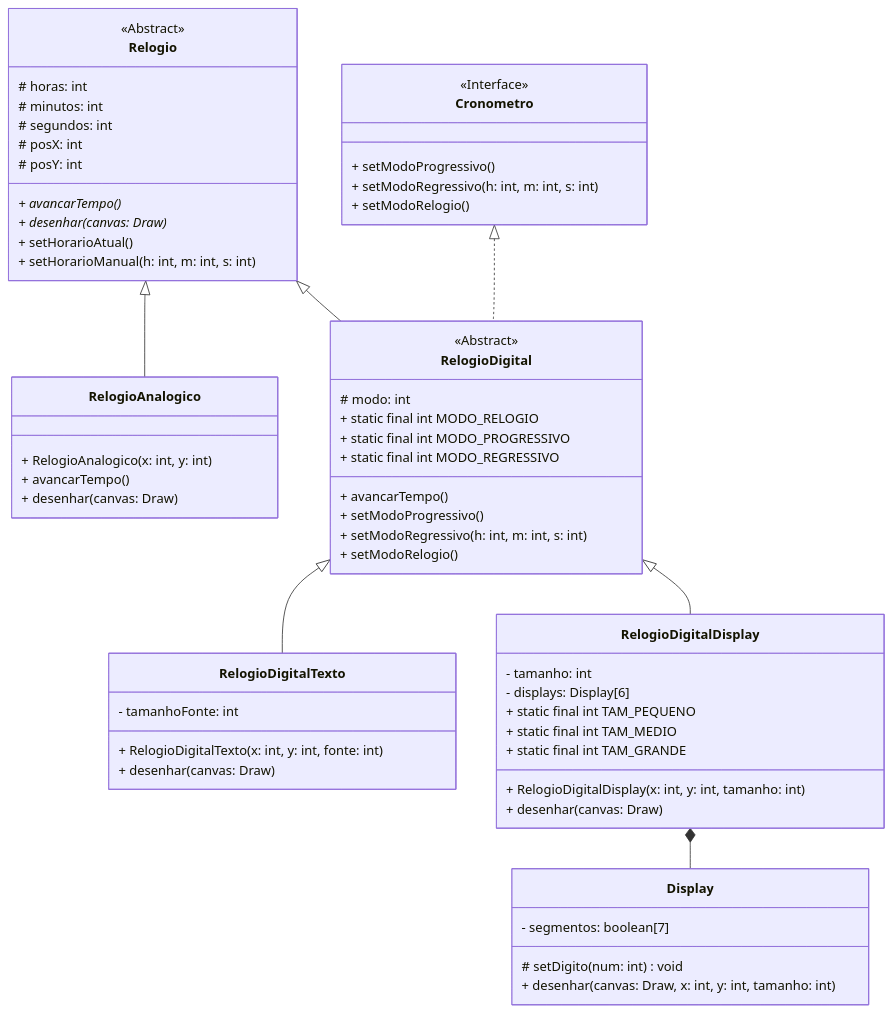
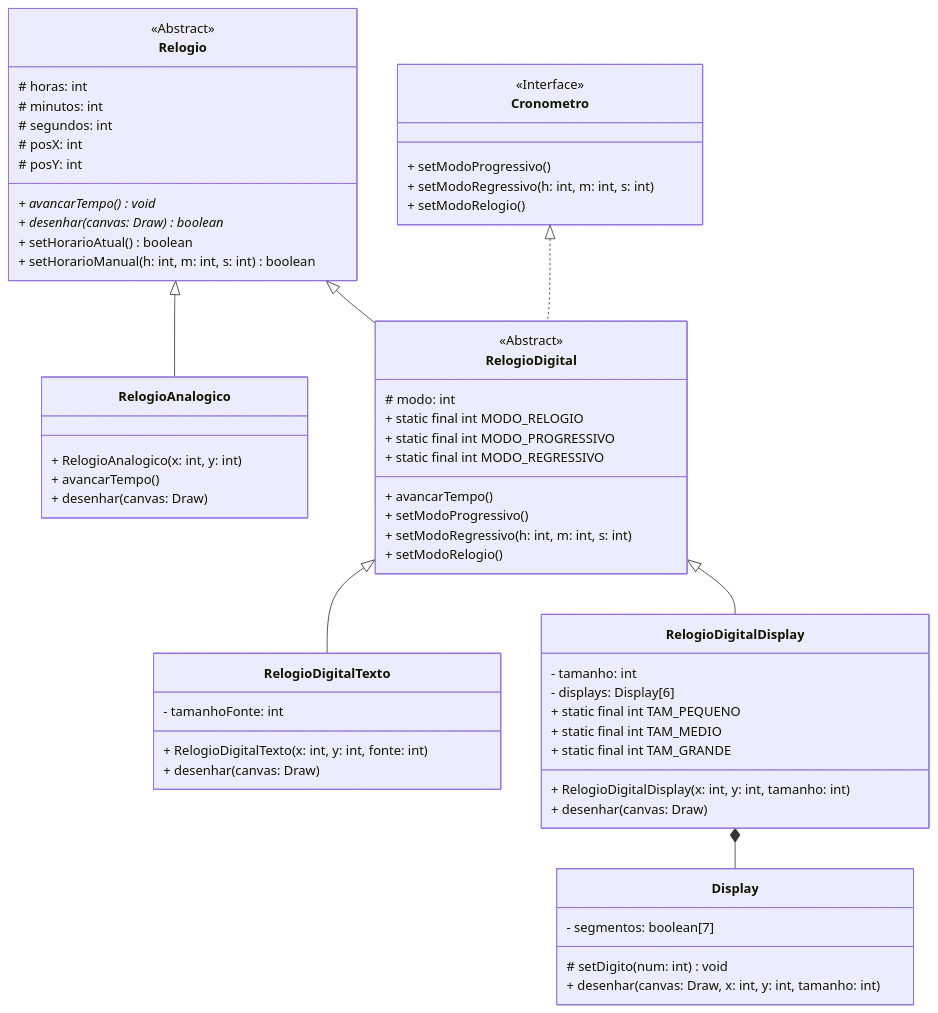
Before and after one commit to hiagosantos60/POO: the diagram in lab06/README.md, drawn with Mermaid. The commit also changed 3 other files, not shown here.

````diff
--- a/lab06/README.md
+++ b/lab06/README.md
@@ -8,71 +8,71 @@
 ``` mermaid
 classDiagram
 
     Relogio <|-- RelogioAnalogico
     Relogio <|-- RelogioDigital
     Cronometro <|.. RelogioDigital
     RelogioDigital <|-- RelogioDigitalTexto
     RelogioDigital <|-- RelogioDigitalDisplay
     RelogioDigitalDisplay *-- Display
 
     class Cronometro {
         <<Interface>>
         + setModoProgressivo()
         + setModoRegressivo(h: int, m: int, s: int)
         + setModoRelogio()
     }
 
     class Relogio {
         <<Abstract>>
         # horas: int
         # minutos: int
         # segundos: int
         # posX: int
         # posY: int
-        + avancarTempo()*
-        + desenhar(canvas: Draw)*
-        + setHorarioAtual()
-        + setHorarioManual(h: int, m: int, s: int)
+        + avancarTempo()* void
+        + desenhar(canvas: Draw)* boolean
+        + setHorarioAtual() boolean
+        + setHorarioManual(h: int, m: int, s: int) boolean
     }
 
     class RelogioDigital {
         <<Abstract>>
         # modo: int
         + static final int MODO_RELOGIO
         + static final int MODO_PROGRESSIVO
         + static final int MODO_REGRESSIVO
         + avancarTempo()
         + setModoProgressivo()
         + setModoRegressivo(h: int, m: int, s: int)
         + setModoRelogio()
     }
 
     class RelogioAnalogico {
         + RelogioAnalogico(x: int, y: int)
         + avancarTempo()
         + desenhar(canvas: Draw)
     }
 
     class RelogioDigitalTexto {
         - tamanhoFonte: int
         + RelogioDigitalTexto(x: int, y: int, fonte: int)
         + desenhar(canvas: Draw)
     }
 
     class RelogioDigitalDisplay {
         - tamanho: int
         - displays: Display[6]
         + static final int TAM_PEQUENO
         + static final int TAM_MEDIO
         + static final int TAM_GRANDE
         + RelogioDigitalDisplay(x: int, y: int, tamanho: int)
         + desenhar(canvas: Draw)
     }
 
     class Display {
         - segmentos: boolean[7]
         # setDigito(num: int) void
         + desenhar(canvas: Draw, x: int, y: int, tamanho: int)
     }
 
 ```
````
